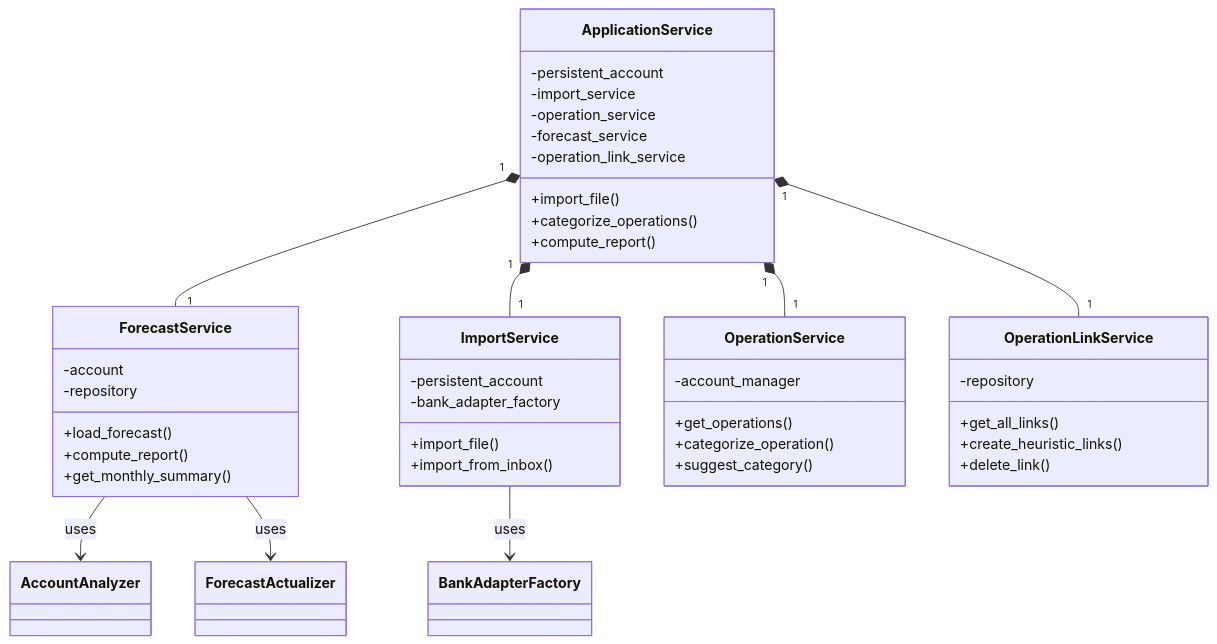
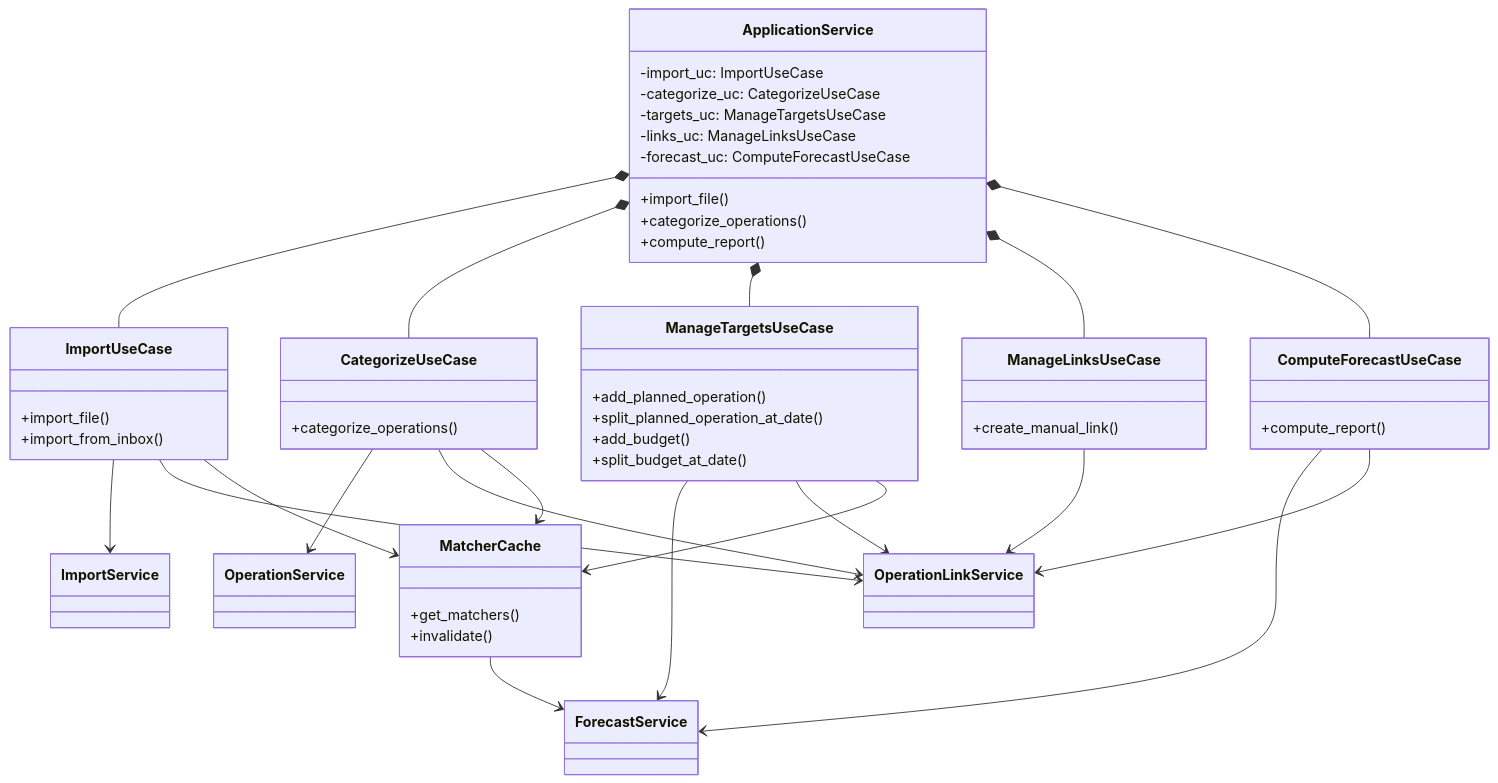
The third of 3 diagrams in docs/dev/persistence.md (corentin-core/budget-forecaster), drawn with Mermaid before and after one commit. The commit also changed other lines of this file and 4 other files, not shown here.

````diff
--- a/docs/dev/persistence.md
+++ b/docs/dev/persistence.md
@@ -121,50 +121,66 @@
 ```mermaid
 classDiagram
     class ApplicationService {
-        -persistent_account
-        -import_service
-        -operation_service
-        -forecast_service
-        -operation_link_service
+        -import_uc: ImportUseCase
+        -categorize_uc: CategorizeUseCase
+        -targets_uc: ManageTargetsUseCase
+        -links_uc: ManageLinksUseCase
+        -forecast_uc: ComputeForecastUseCase
         +import_file()
         +categorize_operations()
         +compute_report()
     }
 
-    class ForecastService {
-        -account
-        -repository
-        +load_forecast()
-        +compute_report()
-        +get_monthly_summary()
-    }
-
-    class ImportService {
-        -persistent_account
-        -bank_adapter_factory
+    class ImportUseCase {
         +import_file()
         +import_from_inbox()
     }
 
-    class OperationService {
-        -account_manager
-        +get_operations()
-        +categorize_operation()
-        +suggest_category()
+    class CategorizeUseCase {
+        +categorize_operations()
     }
 
-    class OperationLinkService {
-        -repository
-        +get_all_links()
-        +create_heuristic_links()
-        +delete_link()
+    class ManageTargetsUseCase {
+        +add_planned_operation()
+        +split_planned_operation_at_date()
+        +add_budget()
+        +split_budget_at_date()
     }
 
-    ApplicationService "1" *-- "1" ForecastService
-    ApplicationService "1" *-- "1" ImportService
-    ApplicationService "1" *-- "1" OperationService
-    ApplicationService "1" *-- "1" OperationLinkService
-    ForecastService --> AccountAnalyzer : uses
-    ForecastService --> ForecastActualizer : uses
-    ImportService --> BankAdapterFactory : uses
+    class ManageLinksUseCase {
+        +create_manual_link()
+    }
+
+    class ComputeForecastUseCase {
+        +compute_report()
+    }
+
+    class MatcherCache {
+        +get_matchers()
+        +invalidate()
+    }
+
+    class ForecastService
+    class ImportService
+    class OperationService
+    class OperationLinkService
+
+    ApplicationService *-- ImportUseCase
+    ApplicationService *-- CategorizeUseCase
+    ApplicationService *-- ManageTargetsUseCase
+    ApplicationService *-- ManageLinksUseCase
+    ApplicationService *-- ComputeForecastUseCase
+    ImportUseCase --> ImportService
+    ImportUseCase --> OperationLinkService
+    ImportUseCase --> MatcherCache
+    CategorizeUseCase --> OperationService
+    CategorizeUseCase --> OperationLinkService
+    CategorizeUseCase --> MatcherCache
+    ManageTargetsUseCase --> ForecastService
+    ManageTargetsUseCase --> OperationLinkService
+    ManageTargetsUseCase --> MatcherCache
+    ManageLinksUseCase --> OperationLinkService
+    ComputeForecastUseCase --> ForecastService
+    ComputeForecastUseCase --> OperationLinkService
+    MatcherCache --> ForecastService
 ```
````
